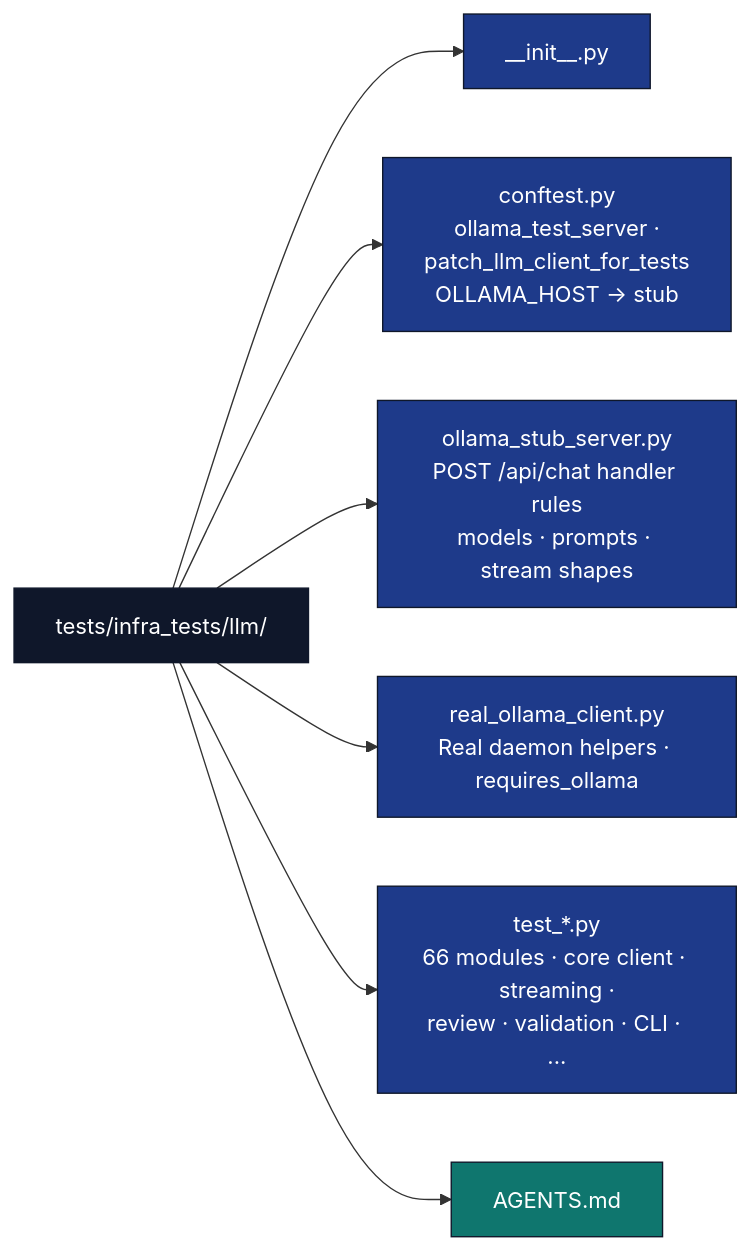
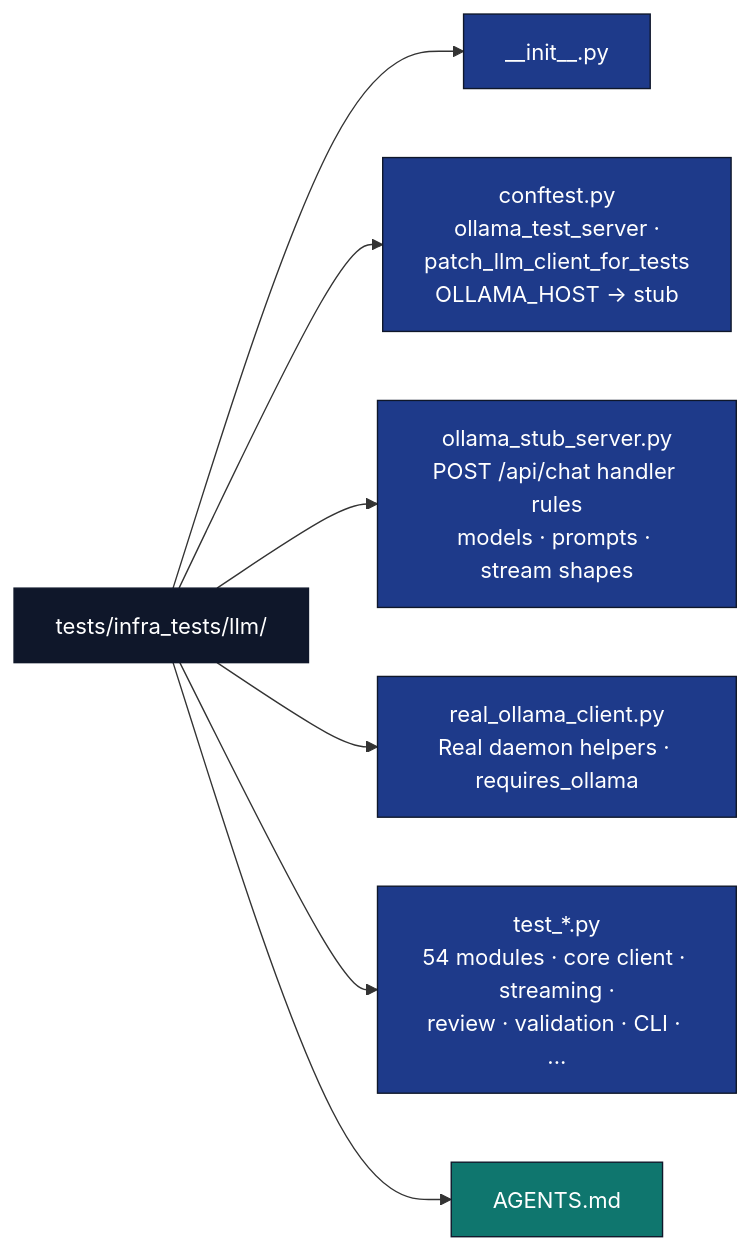
Before and after one commit to docxology/template: the diagram in tests/infra_tests/llm/AGENTS.md, drawn with Mermaid. The commit also changed 21 other files, not shown here.

````diff
--- a/tests/infra_tests/llm/AGENTS.md
+++ b/tests/infra_tests/llm/AGENTS.md
@@ -23,17 +23,17 @@
 ```mermaid
 flowchart LR
     T[tests/infra_tests/llm/]
     T --> INIT[__init__.py]
     T --> CFG[conftest.py<br/>ollama_test_server ·<br/>patch_llm_client_for_tests<br/>OLLAMA_HOST → stub]
     T --> STUB[ollama_stub_server.py<br/>POST /api/chat handler rules<br/>models · prompts · stream shapes]
     T --> REAL[real_ollama_client.py<br/>Real daemon helpers · requires_ollama]
-    T --> TESTS[test_*.py<br/>66 modules · core client · streaming ·<br/>review · validation · CLI · ...]
+    T --> TESTS[test_*.py<br/>54 modules · core client · streaming ·<br/>review · validation · CLI · ...]
     T --> AG[AGENTS.md]
 
     classDef d fill:#0f172a,stroke:#0f172a,color:#fff
     classDef code fill:#1e3a8a,stroke:#0f172a,color:#fff
     classDef doc fill:#0f766e,stroke:#0f172a,color:#fff
     class T d
     class INIT,CFG,STUB,REAL,TESTS code
     class AG doc
 ```
````
